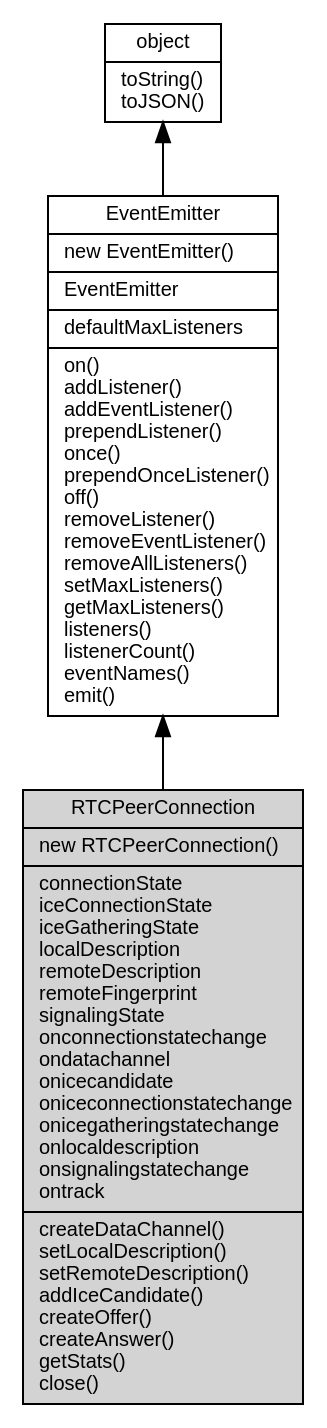
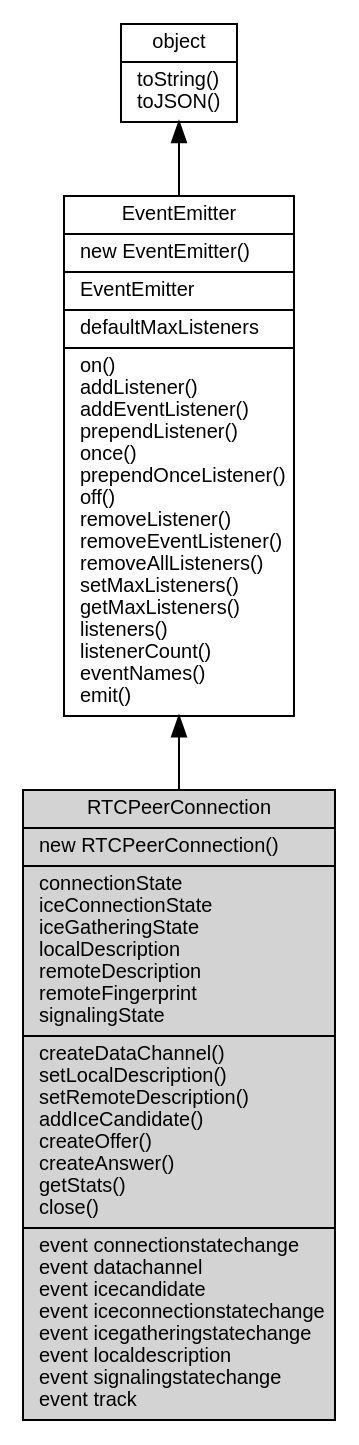
The diagram in docs/manual/object/ifs/RTCPeerConnection.md (fibjs/fibjs.org), drawn with Graphviz before and after one commit. The commit also changed other lines of this file and 63 other files, not shown here.

````diff
--- a/docs/manual/object/ifs/RTCPeerConnection.md
+++ b/docs/manual/object/ifs/RTCPeerConnection.md
@@ -14,12 +14,12 @@
 ```dot
 digraph {
     node [fontname="Helvetica,sans-Serif", fontsize=10, shape="record", style="filled", fillcolor="white"];
 
     object [tooltip="object", URL="object.md", label="{object|toString()\ltoJSON()\l}"];
     EventEmitter [tooltip="EventEmitter", URL="EventEmitter.md", label="{EventEmitter|new EventEmitter()\l|EventEmitter\l|defaultMaxListeners\l|on()\laddListener()\laddEventListener()\lprependListener()\lonce()\lprependOnceListener()\loff()\lremoveListener()\lremoveEventListener()\lremoveAllListeners()\lsetMaxListeners()\lgetMaxListeners()\llisteners()\llistenerCount()\leventNames()\lemit()\l}"];
-    RTCPeerConnection [tooltip="RTCPeerConnection", fillcolor="lightgray", id="me", label="{RTCPeerConnection|new RTCPeerConnection()\l|connectionState\liceConnectionState\liceGatheringState\llocalDescription\lremoteDescription\lremoteFingerprint\lsignalingState\lonconnectionstatechange\londatachannel\lonicecandidate\loniceconnectionstatechange\lonicegatheringstatechange\lonlocaldescription\lonsignalingstatechange\lontrack\l|createDataChannel()\lsetLocalDescription()\lsetRemoteDescription()\laddIceCandidate()\lcreateOffer()\lcreateAnswer()\lgetStats()\lclose()\l}"];
+    RTCPeerConnection [tooltip="RTCPeerConnection", fillcolor="lightgray", id="me", label="{RTCPeerConnection|new RTCPeerConnection()\l|connectionState\liceConnectionState\liceGatheringState\llocalDescription\lremoteDescription\lremoteFingerprint\lsignalingState\l|createDataChannel()\lsetLocalDescription()\lsetRemoteDescription()\laddIceCandidate()\lcreateOffer()\lcreateAnswer()\lgetStats()\lclose()\l|event connectionstatechange\levent datachannel\levent icecandidate\levent iceconnectionstatechange\levent icegatheringstatechange\levent localdescription\levent signalingstatechange\levent track\l}"];
 
     object -> EventEmitter [dir=back];
     EventEmitter -> RTCPeerConnection [dir=back];
 }
 ```
````
